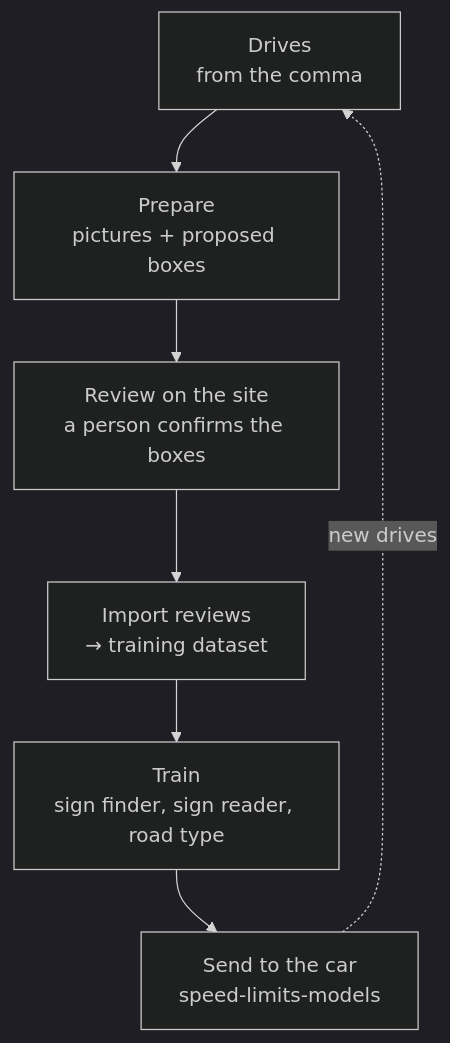
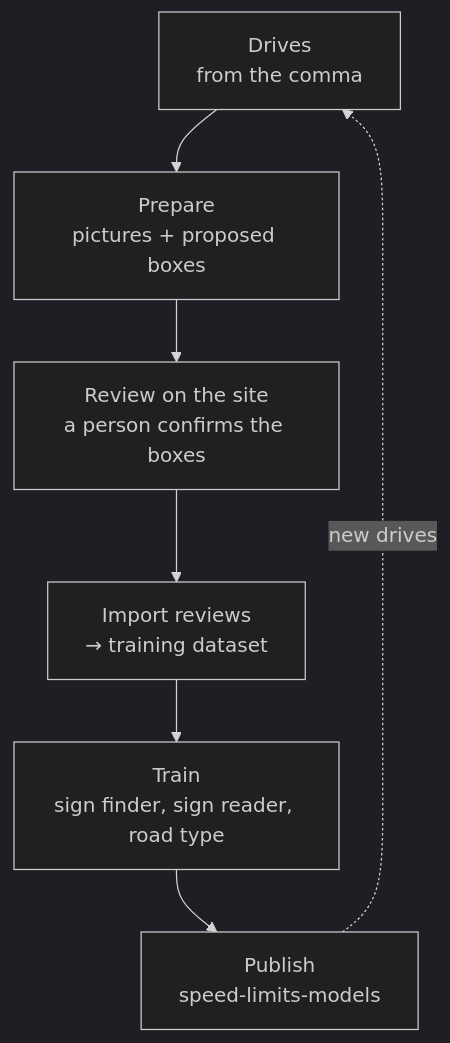
Before and after one commit to Deggory/sunnypilot.speedlimits: the first of 2 diagrams in README.md, drawn with Mermaid (dark theme). The commit also changed other lines of this file and 28 other files, not shown here.

First line of the commit message:
Publish: one button puts the networks in use on the car; Hugging Face below, optional

````diff
--- a/README.md
+++ b/README.md
@@ -25,9 +25,9 @@
 ```mermaid
 flowchart TD
   A["Drives<br/>from the comma"] --> B["Prepare<br/>pictures + proposed boxes"]
   B --> C["Review on the site<br/>a person confirms the boxes"]
   C --> D["Import reviews<br/>→ training dataset"]
   D --> E["Train<br/>sign finder, sign reader, road type"]
-  E --> F["Send to the car<br/>speed-limits-models"]
+  E --> F["Publish<br/>speed-limits-models"]
   F -.->|new drives| A
 ```
````
